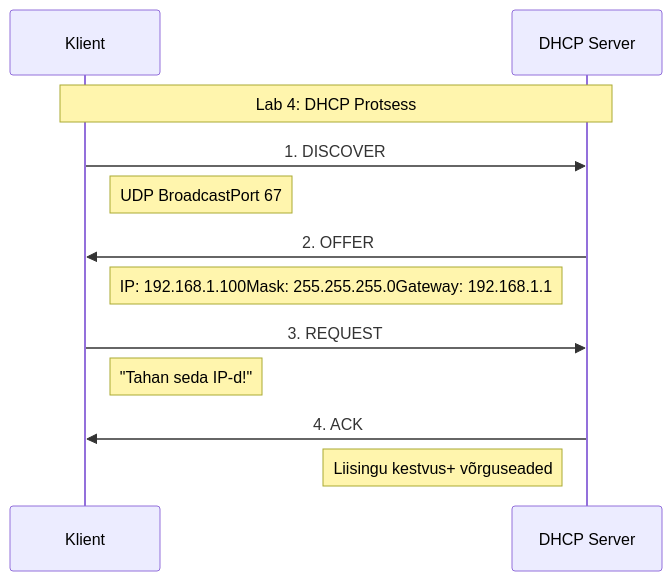
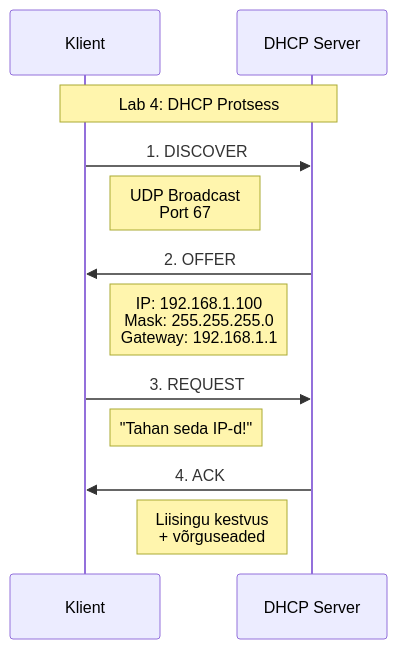
Before and after one commit to Haapsalu-Kutsehariduskeskus/it-taristu: the second of 3 diagrams in lectures/lecture_05_Võrguinfrastruktuur_Põhiteenused.md, drawn with Mermaid. The commit also changed other lines of this file, not shown here.

````diff
--- a/lectures/lecture_05_Võrguinfrastruktuur_Põhiteenused.md
+++ b/lectures/lecture_05_Võrguinfrastruktuur_Põhiteenused.md
@@ -93,19 +125,19 @@
 ```mermaid
 sequenceDiagram
     participant K as Klient
     participant D as DHCP Server
     
     note over K,D: Lab 4: DHCP Protsess
     
     K->>D: 1. DISCOVER
-    Note right of K: UDP BroadcastPort 67
+    Note right of K: UDP Broadcast<br/>Port 67
     
     D->>K: 2. OFFER
-    Note left of D: IP: 192.168.1.100Mask: 255.255.255.0Gateway: 192.168.1.1
+    Note left of D: IP: 192.168.1.100<br/>Mask: 255.255.255.0<br/>Gateway: 192.168.1.1
     
     K->>D: 3. REQUEST
     Note right of K: "Tahan seda IP-d!"
     
     D->>K: 4. ACK
-    Note left of D: Liisingu kestvus+ võrguseaded
+    Note left of D: Liisingu kestvus<br/>+ võrguseaded
 ```
````
